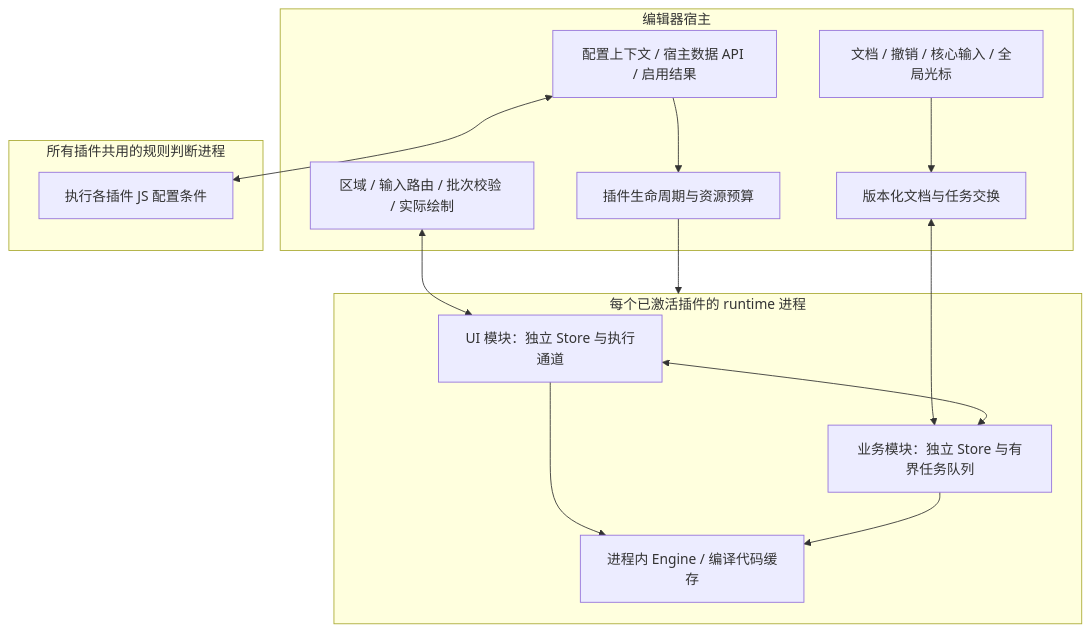
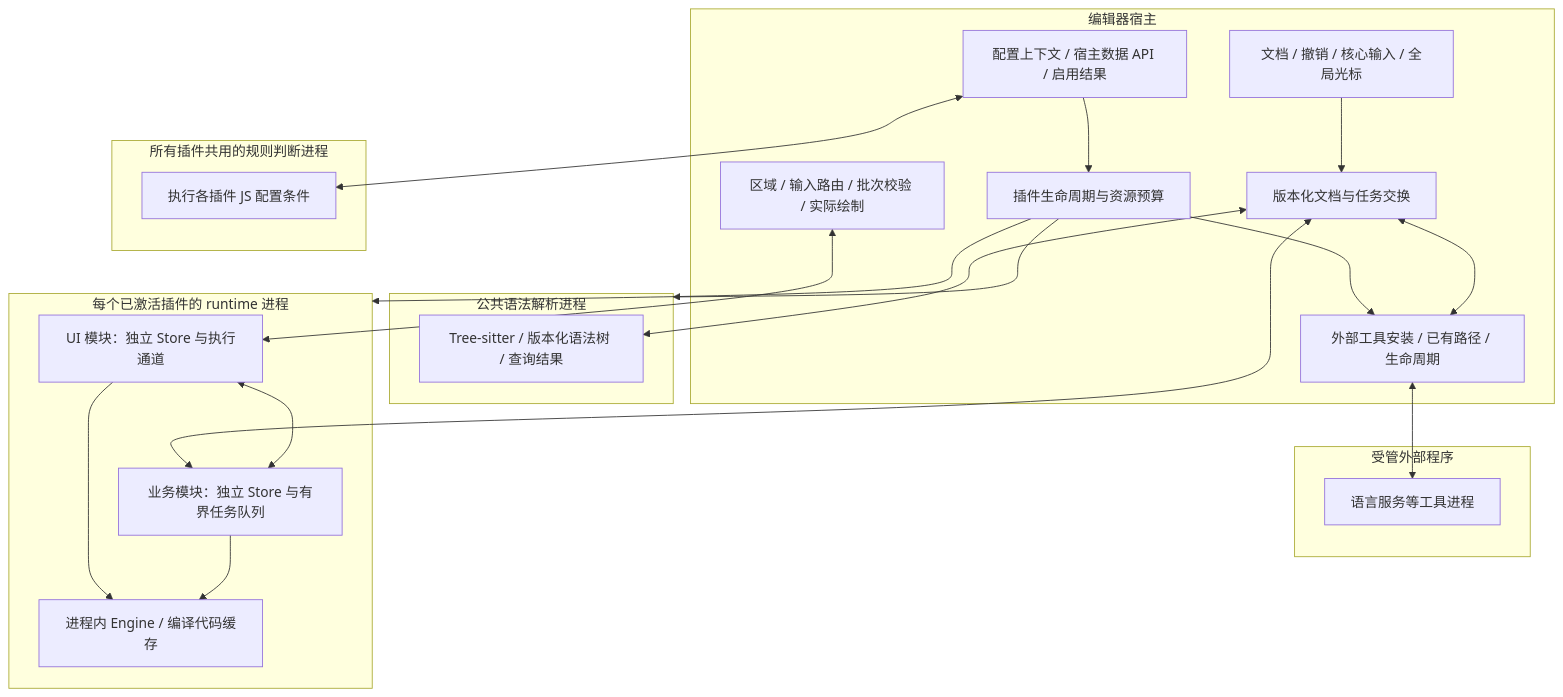
The diagram in docs/research/2026-11-08-plugin-architecture.md (Nanobug-Editor/nanobug-v2), drawn with Mermaid before and after one commit. The commit also changed other lines of this file and 5 other files, not shown here.

````diff
--- a/docs/research/2026-11-08-plugin-architecture.md
+++ b/docs/research/2026-11-08-plugin-architecture.md
@@ -73,27 +84,39 @@
 ```mermaid
 flowchart TB
     subgraph host[编辑器宿主]
         Core[文档 / 撤销 / 核心输入 / 全局光标]
         Rules[配置上下文 / 宿主数据 API / 启用结果]
         Supervise[插件生命周期与资源预算]
+        Tooling[外部工具安装 / 已有路径 / 生命周期]
         Exchange[版本化文档与任务交换]
         Surface[区域 / 输入路由 / 批次校验 / 实际绘制]
     end
     subgraph rules_worker[所有插件共用的规则判断进程]
         Evaluate[执行各插件 JS 配置条件]
+    end
+    subgraph parse_worker[公共语法解析进程]
+        Parse[Tree-sitter / 版本化语法树 / 查询结果]
+    end
+    subgraph external_tools[受管外部程序]
+        NativeTool[语言服务等工具进程]
     end
     subgraph runtime[每个已激活插件的 runtime 进程]
         UI[UI 模块：独立 Store 与执行通道]
         Work[业务模块：独立 Store 与有界任务队列]
         Engine[进程内 Engine / 编译代码缓存]
         UI --> Engine
         Work --> Engine
     end
     Core --> Exchange
     Rules <--> Evaluate
     Rules --> Supervise
     Supervise --> runtime
+    Supervise --> parse_worker
+    Supervise --> Tooling
+    Exchange <--> Tooling
+    Tooling <--> NativeTool
+    Exchange <--> Parse
     Exchange <--> Work
     Surface <--> UI
     UI <--> Work
 ```
````
